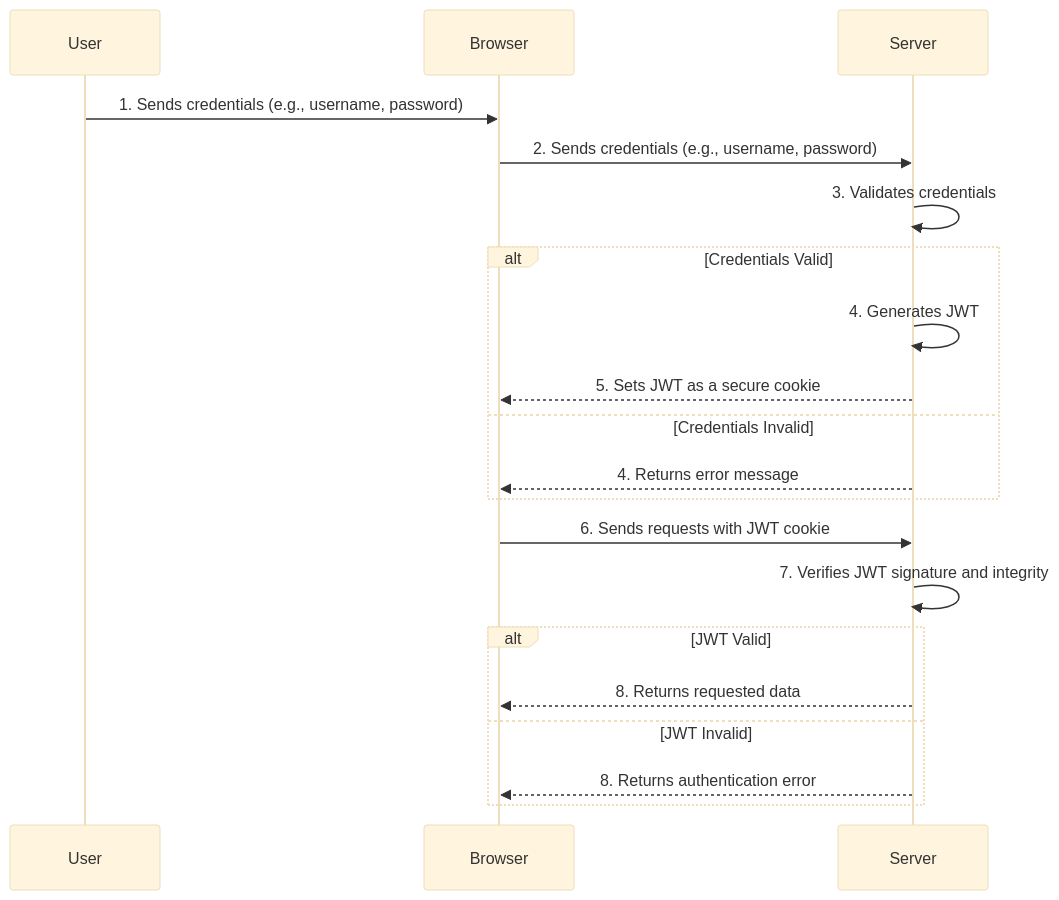
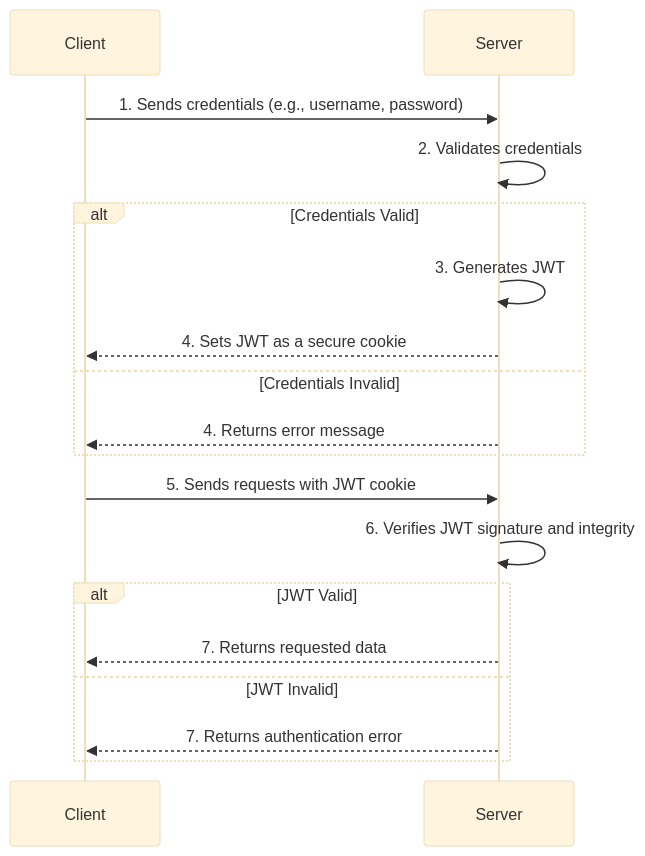
One commit to dearing/registry changed the diagram in readme.md. Above: the diagram before and after it, drawn with Mermaid (base theme).

Commit message:
update diagram to drop user from exchange (inferred)

````diff
--- a/readme.md
+++ b/readme.md
@@ -10,24 +10,22 @@
 ```mermaid
 sequenceDiagram
-    participant User
-    participant Browser
+    participant Client
     participant Server
 
-    User ->> Browser: 1. Sends credentials (e.g., username, password)
-    Browser ->> Server: 2. Sends credentials (e.g., username, password)
-    Server ->> Server: 3. Validates credentials
+    Client ->> Server: 1. Sends credentials (e.g., username, password)
+    Server ->> Server: 2. Validates credentials
     alt Credentials Valid
-        Server ->> Server: 4. Generates JWT
-        Server -->> Browser: 5. Sets JWT as a secure cookie
+        Server ->> Server: 3. Generates JWT
+        Server -->> Client: 4. Sets JWT as a secure cookie
     else Credentials Invalid
-        Server -->> Browser: 4. Returns error message
+        Server -->> Client: 4. Returns error message
     end
-    Browser ->> Server: 6. Sends requests with JWT cookie
-    Server ->> Server: 7. Verifies JWT signature and integrity
+    Client ->> Server: 5. Sends requests with JWT cookie
+    Server ->> Server: 6. Verifies JWT signature and integrity
     alt JWT Valid
-        Server -->> Browser: 8. Returns requested data
+        Server -->> Client: 7. Returns requested data
     else JWT Invalid
-        Server -->> Browser: 8. Returns authentication error
+        Server -->> Client: 7. Returns authentication error
     end
 
 ```
````
